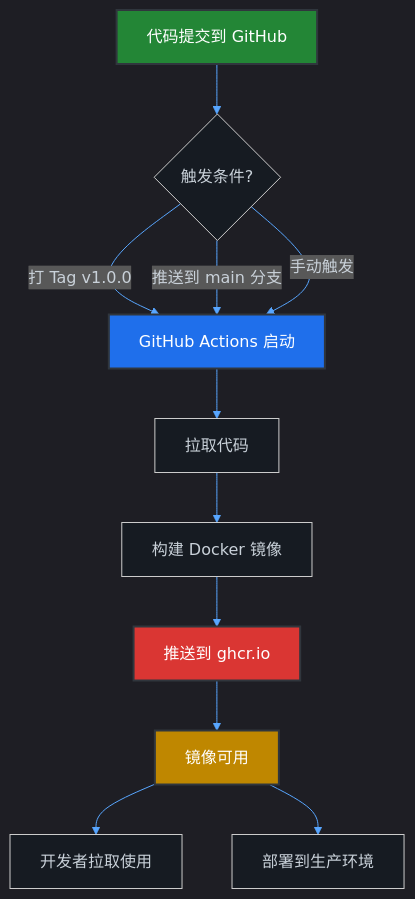
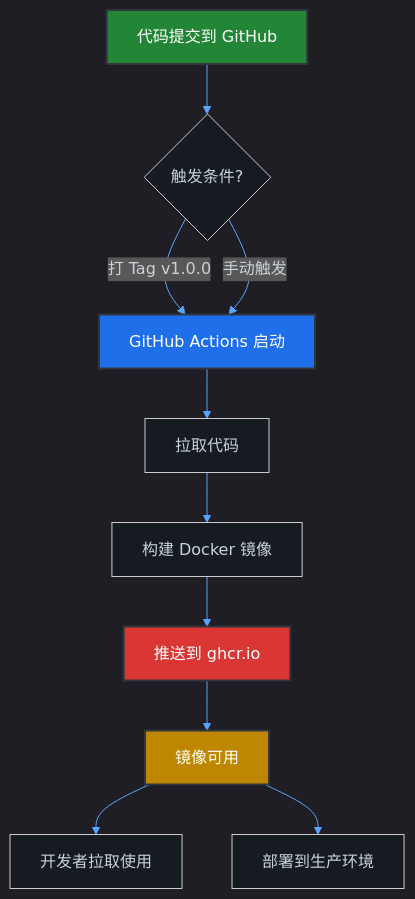
The first of 2 diagrams in docs/GHCR_GUIDE.md (jlon/stellar), drawn with Mermaid before and after one commit. The commit also changed other lines of this file and 347 other files, not shown here.

````diff
--- a/docs/GHCR_GUIDE.md
+++ b/docs/GHCR_GUIDE.md
@@ -17,21 +17,20 @@
 ```mermaid
 %%{init: {'theme':'dark', 'themeVariables': { 'primaryColor':'#238636','primaryTextColor':'#c9d1d9','primaryBorderColor':'#30363d','lineColor':'#58a6ff','secondaryColor':'#161b22','tertiaryColor':'#0d1117','background':'#0d1117','mainBkg':'#161b22','textColor':'#c9d1d9','fontSize':'16px','fontFamily':'Arial'}}}%%
 flowchart TB
     A[代码提交到 GitHub] --> B{触发条件?}
     B -->|打 Tag v1.0.0| C[GitHub Actions 启动]
-    B -->|推送到 main 分支| C
     B -->|手动触发| C
     
     C --> D[拉取代码]
     D --> E[构建 Docker 镜像]
     E --> F[推送到 ghcr.io]
     F --> G[镜像可用]
     
     G --> H[开发者拉取使用]
     G --> I[部署到生产环境]
     
     style A fill:#238636,stroke:#30363d,color:#fff,stroke-width:2px
     style C fill:#1f6feb,stroke:#30363d,color:#fff,stroke-width:2px
     style F fill:#da3633,stroke:#30363d,color:#fff,stroke-width:2px
     style G fill:#bf8700,stroke:#30363d,color:#fff,stroke-width:2px
 ```
````
